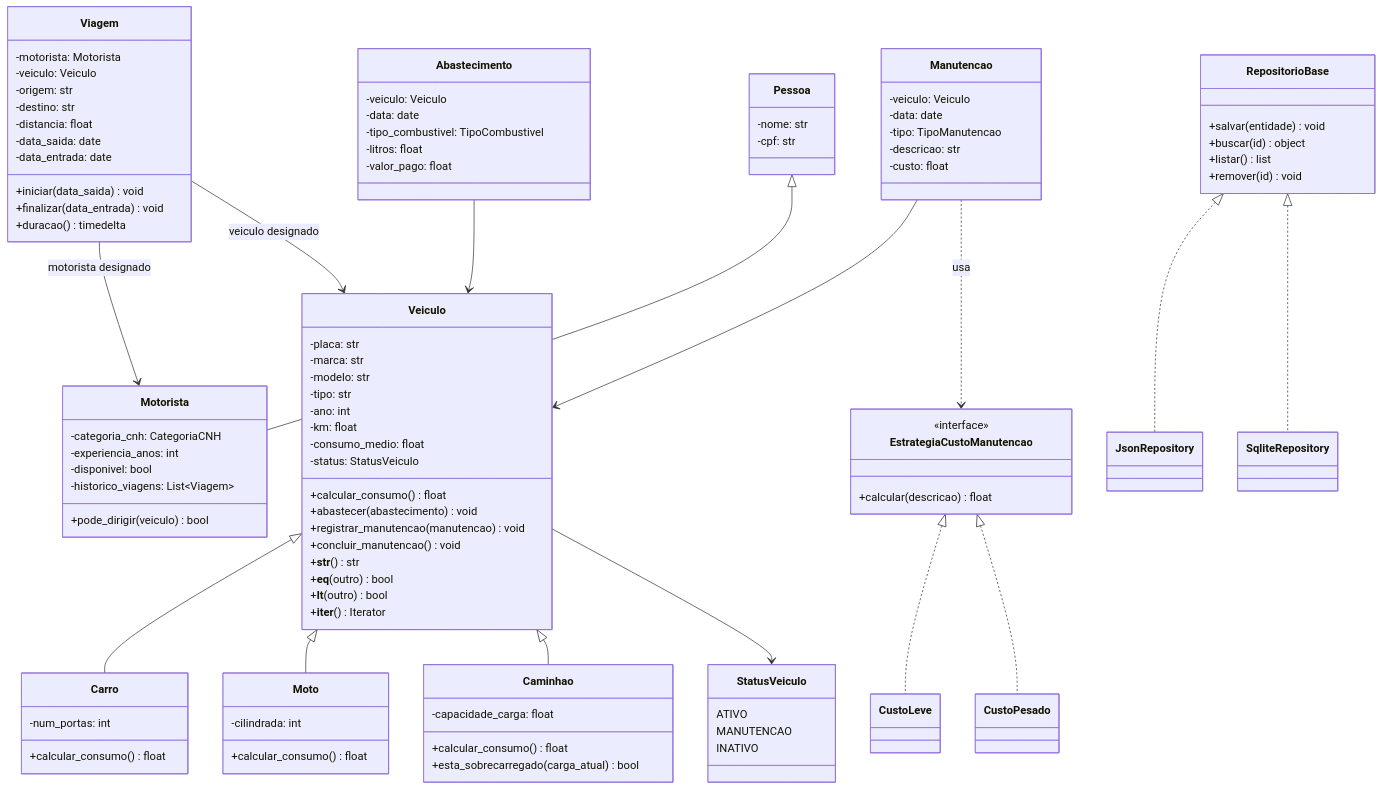
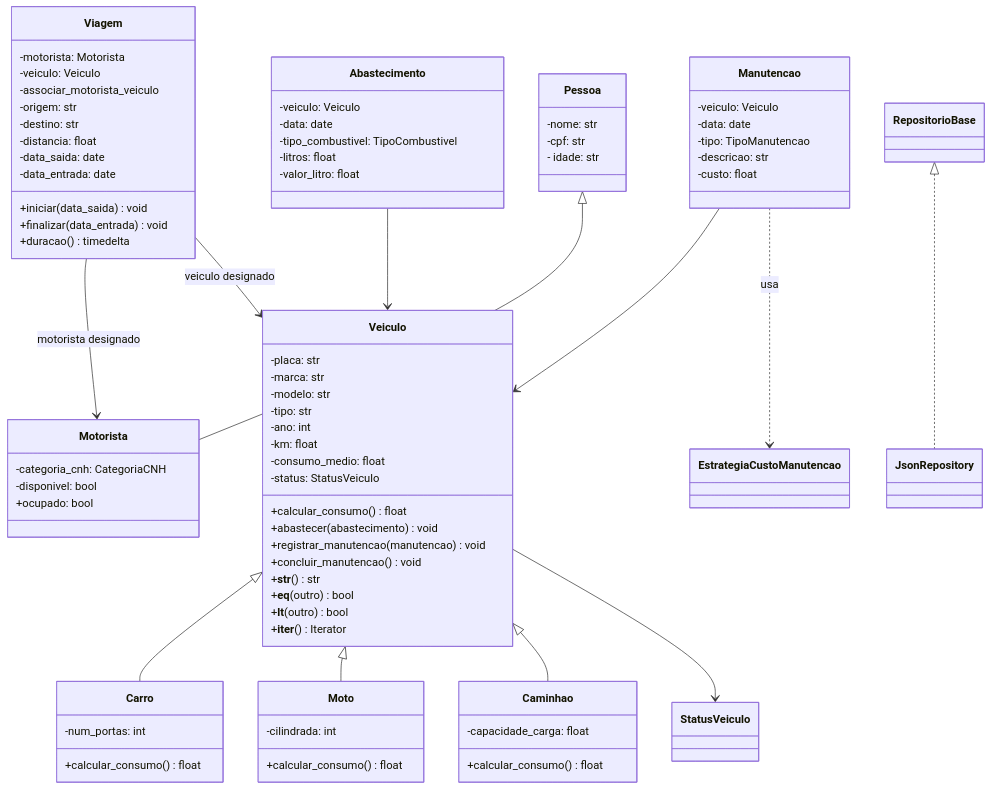
Before and after one commit to joedsonmaia02-spec/TEMA-2-SISTEMA-DE-GERENCIAMENTO-DE-FROTA-DE-VEICULOS: the diagram in Docs/UML.md, drawn with Mermaid.

```diff
--- a/Docs/UML.md
+++ b/Docs/UML.md
@@ -32,25 +32,24 @@
     class Caminhao {
         -capacidade_carga: float
         +calcular_consumo() float
-        +esta_sobrecarregado(carga_atual) bool
     }
 
     class Pessoa {
         -nome: str
         -cpf: str
+        - idade: str
     }
 
     class Motorista {
         -categoria_cnh: CategoriaCNH
-        -experiencia_anos: int
         -disponivel: bool
-        -historico_viagens: List~Viagem~
-        +pode_dirigir(veiculo) bool
+        +ocupado: bool
     }
 
     class Viagem {
         -motorista: Motorista
         -veiculo: Veiculo
+        -associar_motorista_veiculo
         -origem: str
         -destino: str
         -distancia: float
@@ -74,43 +73,17 @@
         -data: date
         -tipo_combustivel: TipoCombustivel
         -litros: float
-        -valor_pago: float
-    }
-
-    class EstrategiaCustoManutencao {
-        <<interface>>
-        +calcular(descricao) float
-    }
-
-    class CustoLeve
-    class CustoPesado
-
-    class RepositorioBase {
-        +salvar(entidade) void
-        +buscar(id) object
-        +listar() list
-        +remover(id) void
+        -valor_litro: float
     }
 
     class JsonRepository
-    class SqliteRepository
-
-    class StatusVeiculo {
-        ATIVO
-        MANUTENCAO
-        INATIVO
-    }
 
     Veiculo <|-- Carro
     Veiculo <|-- Moto
     Veiculo <|-- Caminhao
     Pessoa <|-- Motorista
 
-    EstrategiaCustoManutencao <|.. CustoLeve
-    EstrategiaCustoManutencao <|.. CustoPesado
-
     RepositorioBase <|.. JsonRepository
-    RepositorioBase <|.. SqliteRepository
 
     Viagem --> Motorista : motorista designado
     Viagem --> Veiculo : veiculo designado
```
